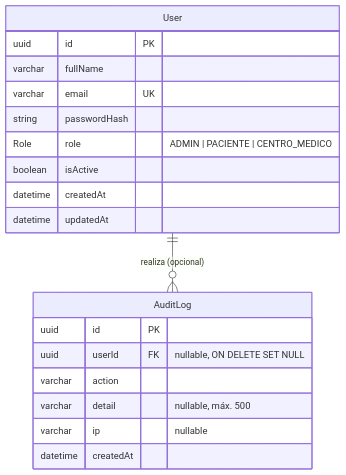
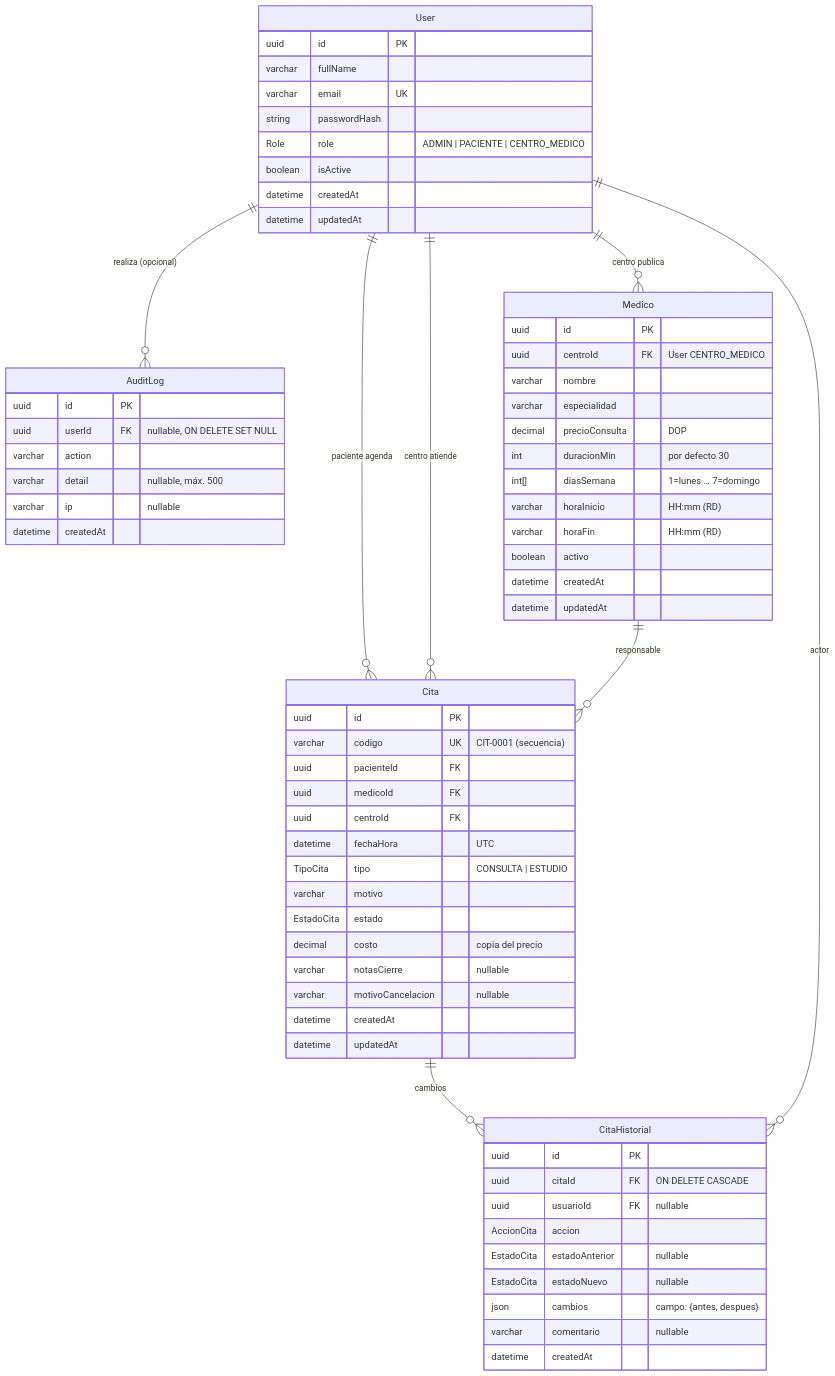
One commit to jjh20/MediCitaRD changed the third of 5 diagrams in docs/ARQUITECTURA.md. Above: the diagram before and after it, drawn with Mermaid. The commit also changed other lines of this file and 91 other files, not shown here.

````diff
--- a/docs/ARQUITECTURA.md
+++ b/docs/ARQUITECTURA.md
@@ -113,22 +150,69 @@
 ```mermaid
 erDiagram
   User ||--o{ AuditLog : "realiza (opcional)"
   User {
     uuid id PK
     varchar fullName
     varchar email UK
     string passwordHash
     Role role "ADMIN | PACIENTE | CENTRO_MEDICO"
     boolean isActive
     datetime createdAt
     datetime updatedAt
   }
   AuditLog {
     uuid id PK
     uuid userId FK "nullable, ON DELETE SET NULL"
     varchar action
     varchar detail "nullable, máx. 500"
     varchar ip "nullable"
     datetime createdAt
   }
+  User ||--o{ Medico : "centro publica"
+  User ||--o{ Cita : "paciente agenda"
+  User ||--o{ Cita : "centro atiende"
+  Medico ||--o{ Cita : "responsable"
+  Cita ||--o{ CitaHistorial : "cambios"
+  User ||--o{ CitaHistorial : "actor"
+  Medico {
+    uuid id PK
+    uuid centroId FK "User CENTRO_MEDICO"
+    varchar nombre
+    varchar especialidad
+    decimal precioConsulta "DOP"
+    int duracionMin "por defecto 30"
+    int[] diasSemana "1=lunes … 7=domingo"
+    varchar horaInicio "HH:mm (RD)"
+    varchar horaFin "HH:mm (RD)"
+    boolean activo
+    datetime createdAt
+    datetime updatedAt
+  }
+  Cita {
+    uuid id PK
+    varchar codigo UK "CIT-0001 (secuencia)"
+    uuid pacienteId FK
+    uuid medicoId FK
+    uuid centroId FK
+    datetime fechaHora "UTC"
+    TipoCita tipo "CONSULTA | ESTUDIO"
+    varchar motivo
+    EstadoCita estado
+    decimal costo "copia del precio"
+    varchar notasCierre "nullable"
+    varchar motivoCancelacion "nullable"
+    datetime createdAt
+    datetime updatedAt
+  }
+  CitaHistorial {
+    uuid id PK
+    uuid citaId FK "ON DELETE CASCADE"
+    uuid usuarioId FK "nullable"
+    AccionCita accion
+    EstadoCita estadoAnterior "nullable"
+    EstadoCita estadoNuevo "nullable"
+    json cambios "campo: {antes, despues}"
+    varchar comentario "nullable"
+    datetime createdAt
+  }
 ```
````
